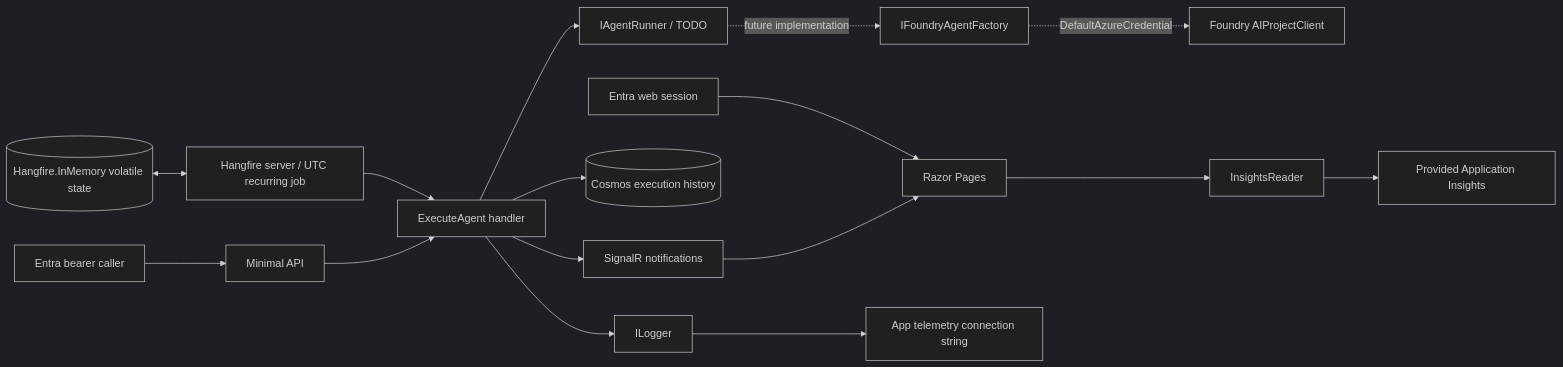
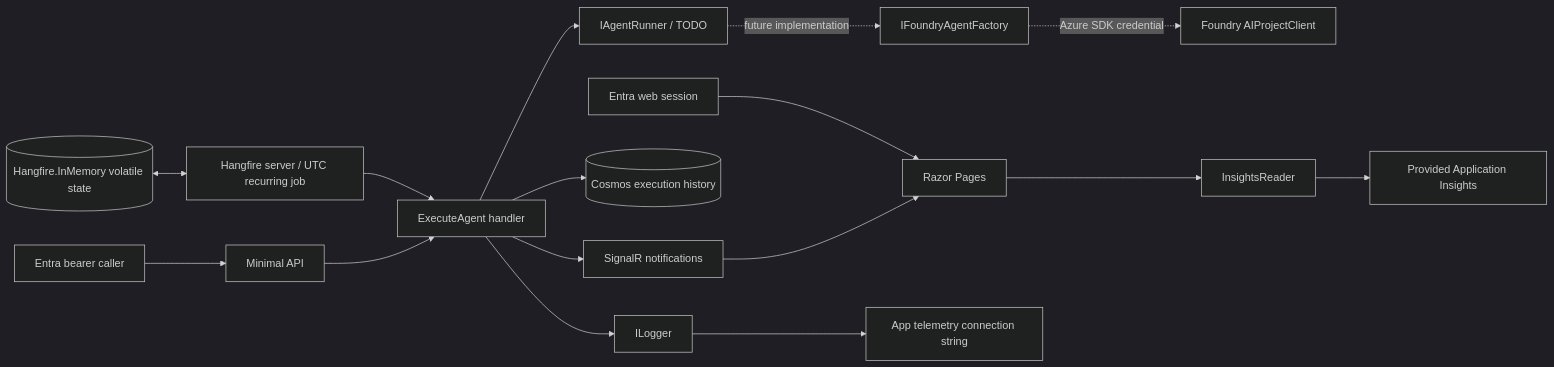
The diagram in docs/architecture.md (bovrhovn/azure-demos-ai-agent-monitoring-insights-actions), drawn with Mermaid (dark theme) before and after one commit. The commit also changed other lines of this file and 24 other files, not shown here.

````diff
--- a/docs/architecture.md
+++ b/docs/architecture.md
@@ -5,18 +5,18 @@
 ```mermaid
 flowchart LR
     User[Entra web session] --> Razor[Razor Pages]
     Caller[Entra bearer caller] --> API[Minimal API]
     Schedules[(Hangfire.InMemory volatile state)] <--> Scheduler[Hangfire server / UTC recurring job]
     Scheduler --> Execute[ExecuteAgent handler]
     API --> Execute
     Execute --> Agent[IAgentRunner / TODO]
     Agent -. future implementation .-> Factory[IFoundryAgentFactory]
-    Factory -. DefaultAzureCredential .-> Foundry[Foundry AIProjectClient]
+    Factory -. Azure SDK credential .-> Foundry[Foundry AIProjectClient]
     Execute --> Cosmos[(Cosmos execution history)]
     Execute --> Hub[SignalR notifications]
     Hub --> Razor
     Razor --> Query[InsightsReader]
     Query --> Monitored[Provided Application Insights]
     Execute --> Logger[ILogger]
     Logger --> Telemetry[App telemetry connection string]
 ```
````
